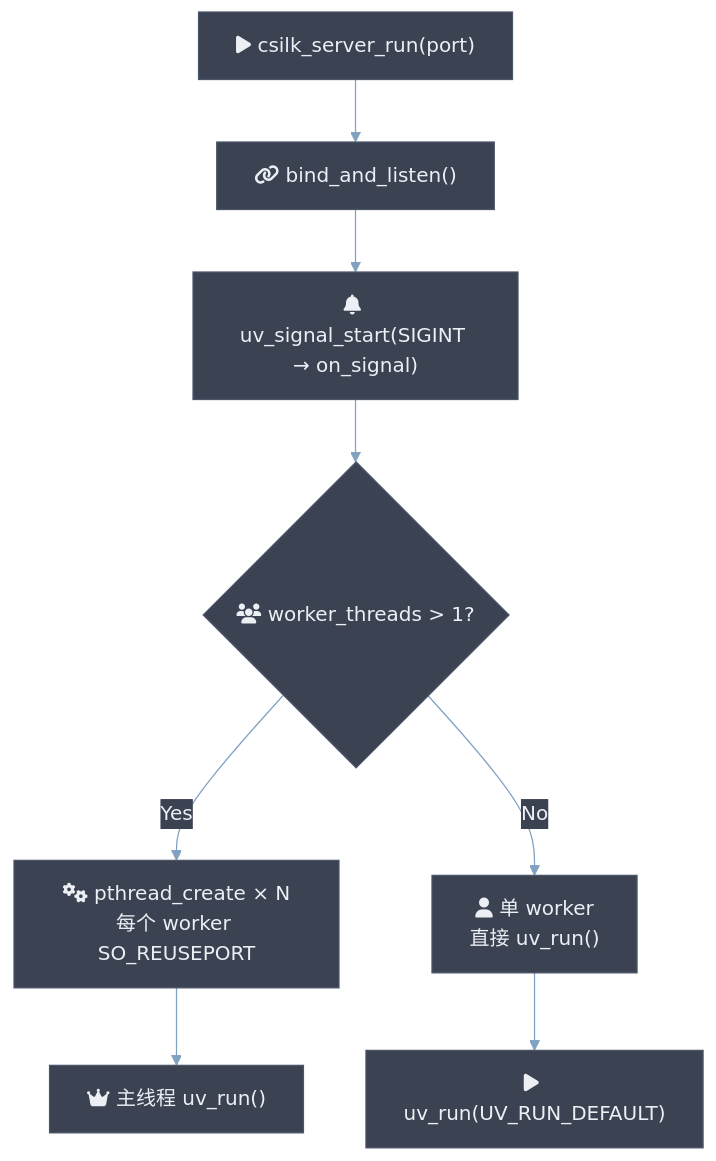
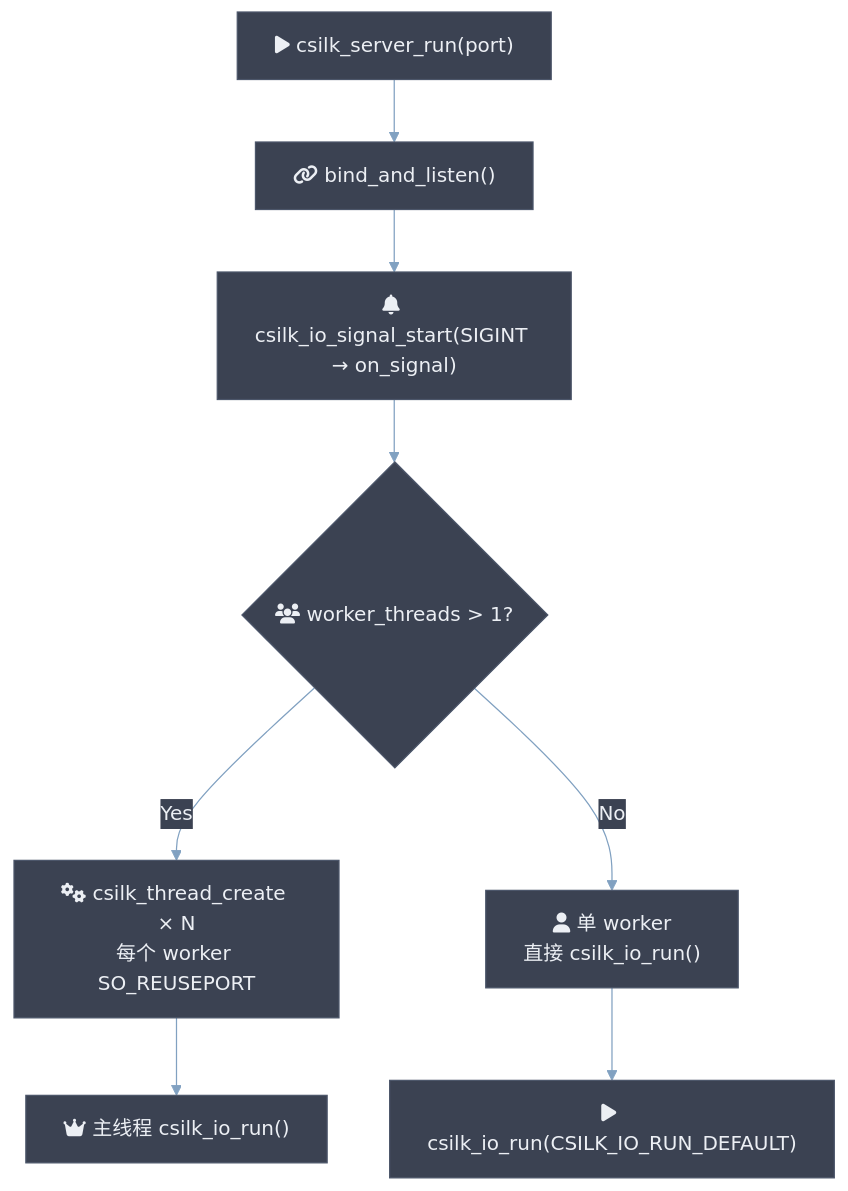
One commit to quintin-lee/csilk changed the third of 9 diagrams in docs/zh-CN/module-design/server.md. Above: the diagram before and after it, drawn with Mermaid. The commit also changed other lines of this file and 9 other files, not shown here.

````diff
--- a/docs/zh-CN/module-design/server.md
+++ b/docs/zh-CN/module-design/server.md
@@ -137,34 +137,34 @@
 ```mermaid
 %%{init: {
   'theme': 'base',
   'themeVariables': {
     'background': '#2E3440',
     'primaryColor': '#81A1C1',
     'primaryBorderColor': '#4C566A',
     'primaryTextColor': '#ECEFF4',
     'secondaryColor': '#3B4252',
     'secondaryBorderColor': '#434C5E',
     'secondaryTextColor': '#D8DEE9',
     'lineColor': '#81A1C1',
     'textColor': '#ECEFF4',
     'mainBkg': '#3B4252',
     'nodeBorder': '#4C566A',
     'clusterBkg': '#2E3440',
     'clusterBorder': '#4C566A',
     'titleColor': '#ECEFF4',
     'edgeLabelBackground': '#3B4252',
     'nodeTextColor': '#ECEFF4'
   },
   'flowchart': {'htmlLabels': true, 'curve': 'basis'}
 }}%%
 flowchart TB
     RUN["fa:fa-play csilk_server_run(port)"] --> BIND["fa:fa-link bind_and_listen()"]
-    BIND --> SIGNAL["fa:fa-bell uv_signal_start(SIGINT → on_signal)"]
+    BIND --> SIGNAL["fa:fa-bell csilk_io_signal_start(SIGINT → on_signal)"]
     SIGNAL --> WORKERS{"fa:fa-users worker_threads > 1?"}
 
-    WORKERS -->|Yes| SPAWN["fa:fa-cogs pthread_create × N<br/>每个 worker SO_REUSEPORT"]
-    WORKERS -->|No| SINGLE["fa:fa-user 单 worker<br/>直接 uv_run()"]
+    WORKERS -->|Yes| SPAWN["fa:fa-cogs csilk_thread_create × N<br/>每个 worker SO_REUSEPORT"]
+    WORKERS -->|No| SINGLE["fa:fa-user 单 worker<br/>直接 csilk_io_run()"]
 
-    SPAWN --> MAIN["fa:fa-crown 主线程 uv_run()"]
-    SINGLE --> RUNLOOP["fa:fa-play uv_run(UV_RUN_DEFAULT)"]
+    SPAWN --> MAIN["fa:fa-crown 主线程 csilk_io_run()"]
+    SINGLE --> RUNLOOP["fa:fa-play csilk_io_run(CSILK_IO_RUN_DEFAULT)"]
 ```
````
